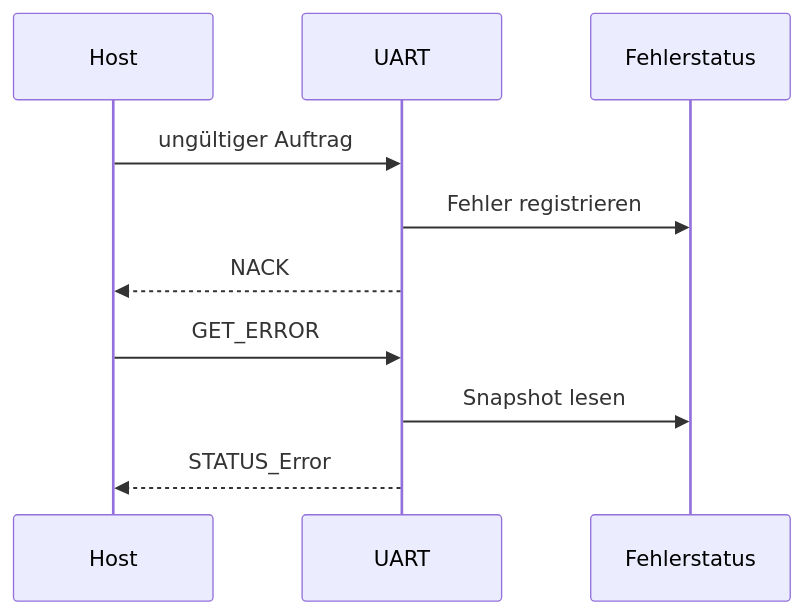
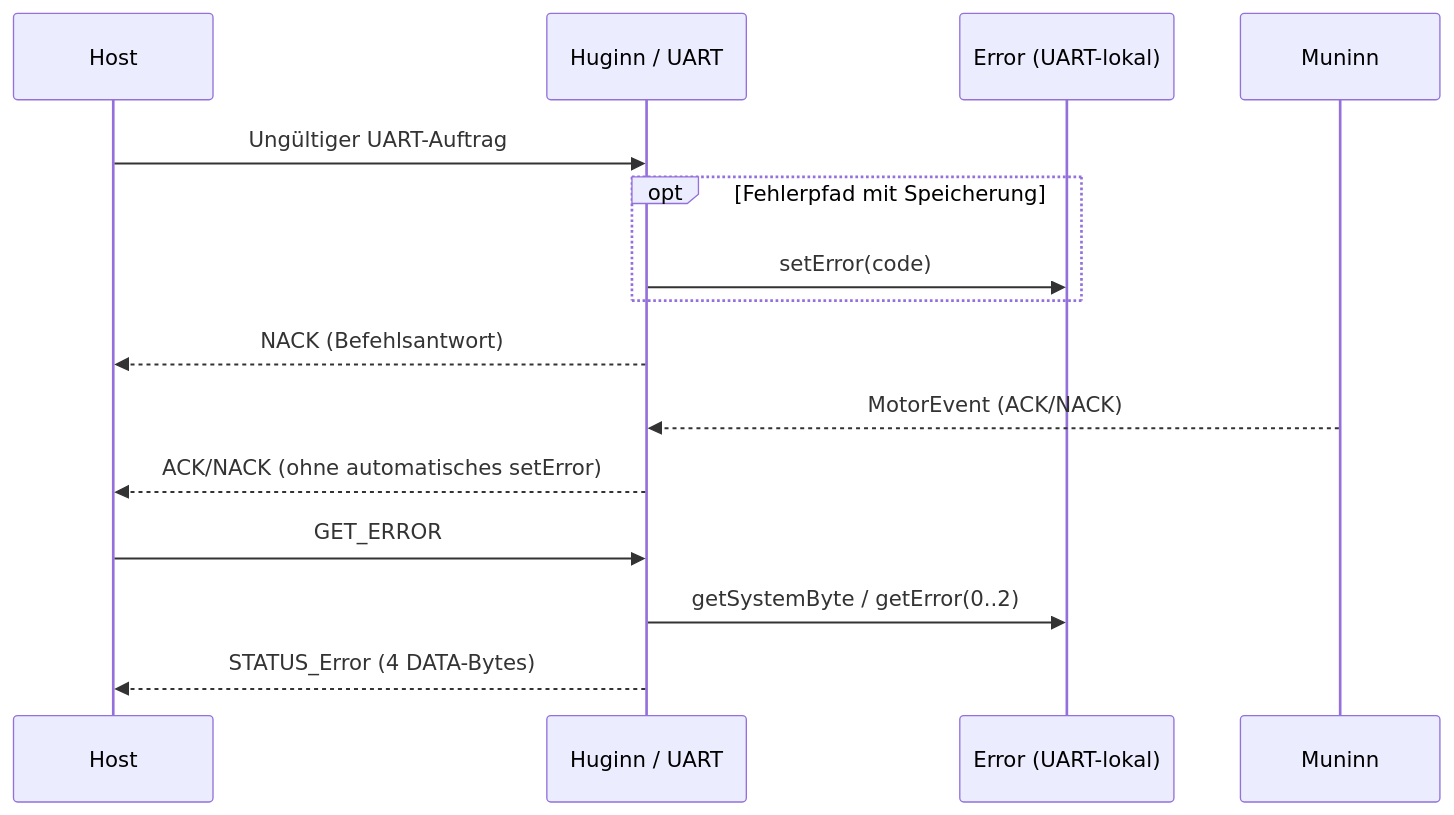
Before and after one commit to ErikaB-sys/Fiddle_yard_UVB: the second of 2 diagrams in FY_ESP32/docs/Error/README.md, drawn with Mermaid. The commit also changed other lines of this file, not shown here.

Commit message:
Docs: document actual Error storage, GET_ERROR scope, NACK separation and data flow

````diff
--- a/FY_ESP32/docs/Error/README.md
+++ b/FY_ESP32/docs/Error/README.md
@@ -34,12 +72,17 @@
 ```mermaid
 sequenceDiagram
-  participant Host
-  participant UART
-  participant Fehlerstatus
-  Host->>UART: ungültiger Auftrag
-  UART->>Fehlerstatus: Fehler registrieren
-  UART-->>Host: NACK
-  Host->>UART: GET_ERROR
-  UART->>Fehlerstatus: Snapshot lesen
-  UART-->>Host: STATUS_Error
+    participant Host
+    participant UART as Huginn / UART
+    participant Error as Error (UART-lokal)
+    participant Motor as Muninn
+    Host->>UART: Ungültiger UART-Auftrag
+    opt Fehlerpfad mit Speicherung
+        UART->>Error: setError(code)
+    end
+    UART-->>Host: NACK (Befehlsantwort)
+    Motor-->>UART: MotorEvent (ACK/NACK)
+    UART-->>Host: ACK/NACK (ohne automatisches setError)
+    Host->>UART: GET_ERROR
+    UART->>Error: getSystemByte / getError(0..2)
+    UART-->>Host: STATUS_Error (4 DATA-Bytes)
 ```
````
